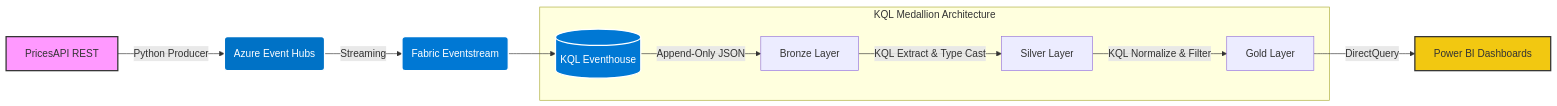
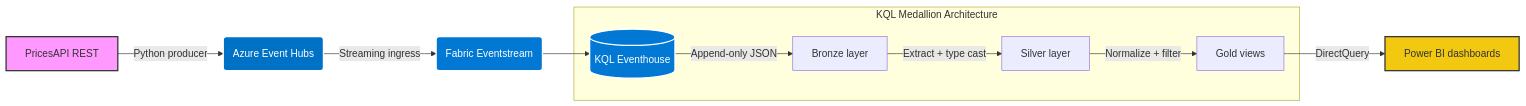
Before and after one commit to yinli113/prices-fabric-pipeline: the diagram in README.md, drawn with Mermaid. The commit also changed other lines of this file and 2 other files, not shown here.

First line of the commit message:
docs: strengthen project narrative and harden producer

````diff
--- a/README.md
+++ b/README.md
@@ -10,20 +26,20 @@
 ```mermaid
 flowchart LR
-    A[PricesAPI REST] -->|Python Producer| B(Azure Event Hubs)
-    B -->|Streaming| C(Fabric Eventstream)
+    A[PricesAPI REST] -->|Python producer| B(Azure Event Hubs)
+    B -->|Streaming ingress| C(Fabric Eventstream)
     C --> D[(KQL Eventhouse)]
-    
+
     subgraph Medallion Architecture [KQL Medallion Architecture]
-    D -->|Append-Only JSON| E[Bronze Layer]
-    E -->|KQL Extract & Type Cast| F[Silver Layer]
-    F -->|KQL Normalize & Filter| G[Gold Layer]
+    D -->|Append-only JSON| E[Bronze layer]
+    E -->|Extract + type cast| F[Silver layer]
+    F -->|Normalize + filter| G[Gold views]
     end
-    
-    G -->|DirectQuery| H[Power BI Dashboards]
-    
+
+    G -->|DirectQuery| H[Power BI dashboards]
+
     style A fill:#f9f,stroke:#333,stroke-width:2px
     style B fill:#0072C6,stroke:#fff,stroke-width:2px,color:#fff
     style C fill:#0078D4,stroke:#fff,stroke-width:2px,color:#fff
     style D fill:#0078D4,stroke:#fff,stroke-width:2px,color:#fff
     style H fill:#F2C811,stroke:#333,stroke-width:2px
 ```
````
